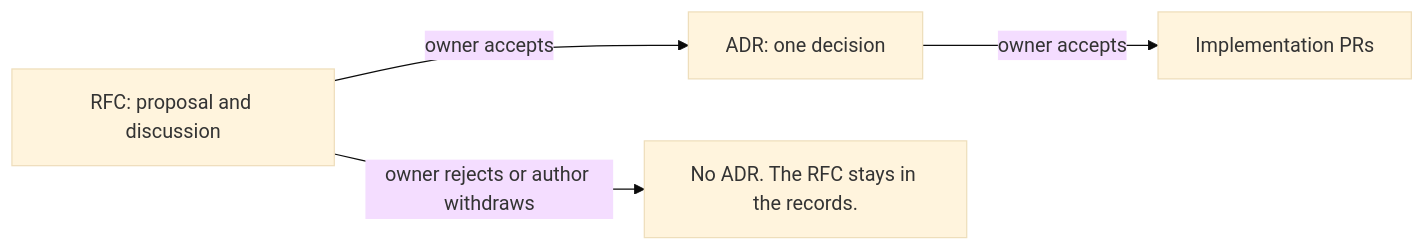
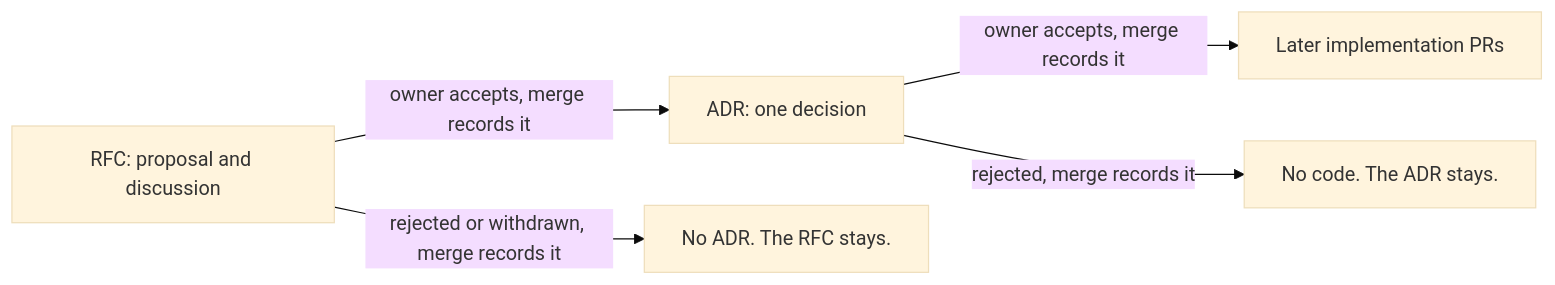
One commit to gsuquet/homelab changed the diagram in docs/records/adrs/0001-use-rfcs-and-adrs-to-record-decisions.md. Above: the diagram before and after it, drawn with Mermaid (base theme). The commit also changed other lines of this file and 5 other files, not shown here.

Commit message:
docs(records): fix ADR review findings, add ADRs 0005 and 0006

````diff
--- a/docs/records/adrs/0001-use-rfcs-and-adrs-to-record-decisions.md
+++ b/docs/records/adrs/0001-use-rfcs-and-adrs-to-record-decisions.md
@@ -14,6 +14,7 @@
 ```mermaid
 flowchart LR
-    RFC[RFC: proposal and discussion] -->|owner accepts| ADR[ADR: one decision]
-    ADR -->|owner accepts| IMP[Implementation PRs]
-    RFC -->|owner rejects or author withdraws| END[No ADR. The RFC stays in the records.]
+    RFC[RFC: proposal and discussion] -->|owner accepts, merge records it| ADR[ADR: one decision]
+    ADR -->|owner accepts, merge records it| IMP[Later implementation PRs]
+    RFC -->|rejected or withdrawn, merge records it| END[No ADR. The RFC stays.]
+    ADR -->|rejected, merge records it| REJ[No code. The ADR stays.]
 ```
````
